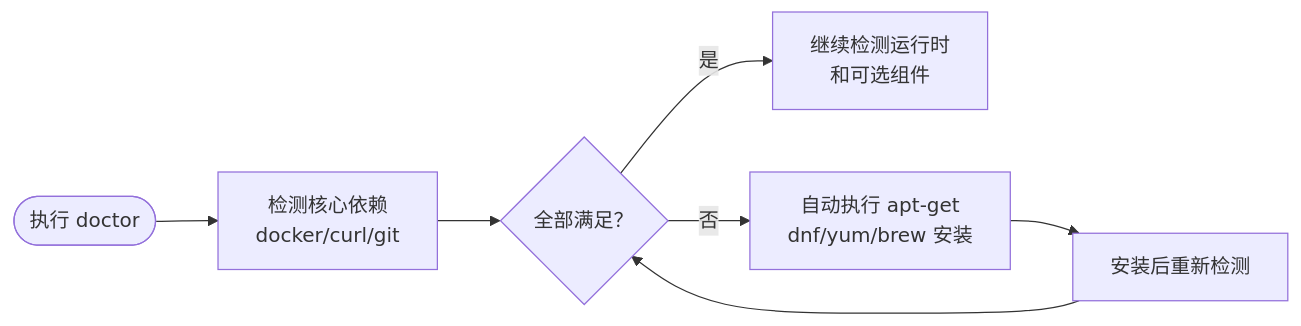
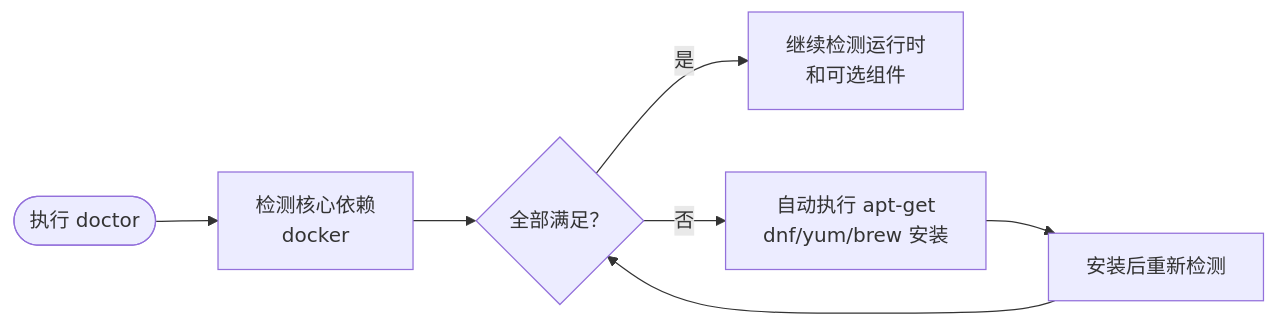
One commit to bianc2018/AgentForge changed the ninth of 9 diagrams in docs/features/agent-forge/prd.md. Above: the diagram before and after it, drawn with Mermaid. The commit also changed other lines of this file and 4 other files, not shown here.

First line of the commit message:
fix: 将 curl/git 从核心依赖调整为 Go 编译期/可选依赖

````diff
--- a/docs/features/agent-forge/prd.md
+++ b/docs/features/agent-forge/prd.md
@@ -171,9 +171,9 @@
 ```mermaid
 flowchart LR
-    A([执行 doctor]) --> B[检测核心依赖<br/>docker/curl/git]
+    A([执行 doctor]) --> B[检测核心依赖<br/>docker]
     B --> C{全部满足？}
     C -->|是| D[继续检测运行时<br/>和可选组件]
     C -->|否| E[自动执行 apt-get<br/>dnf/yum/brew 安装]
     E --> F[安装后重新检测]
     F --> C
 ```
````
